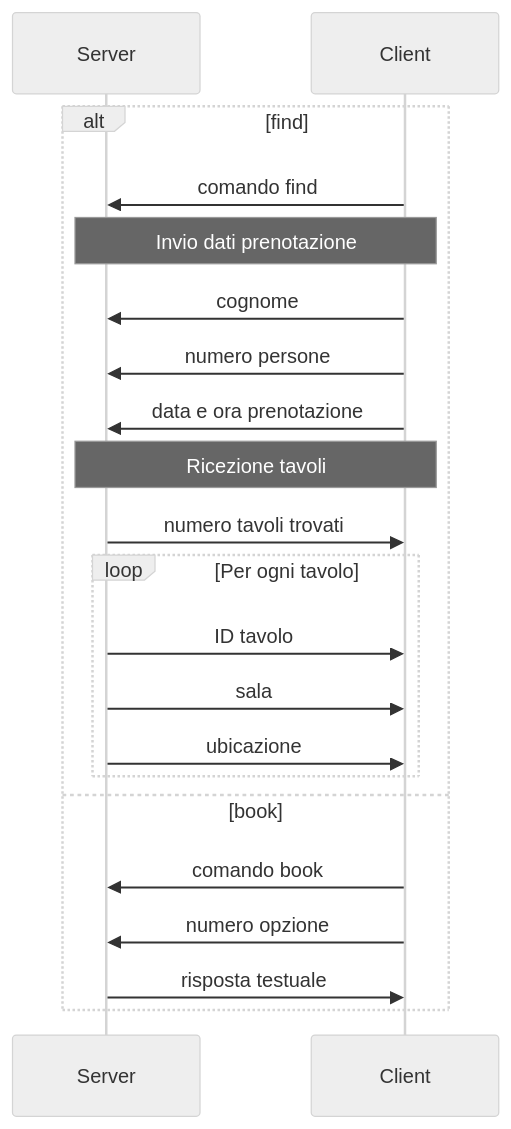
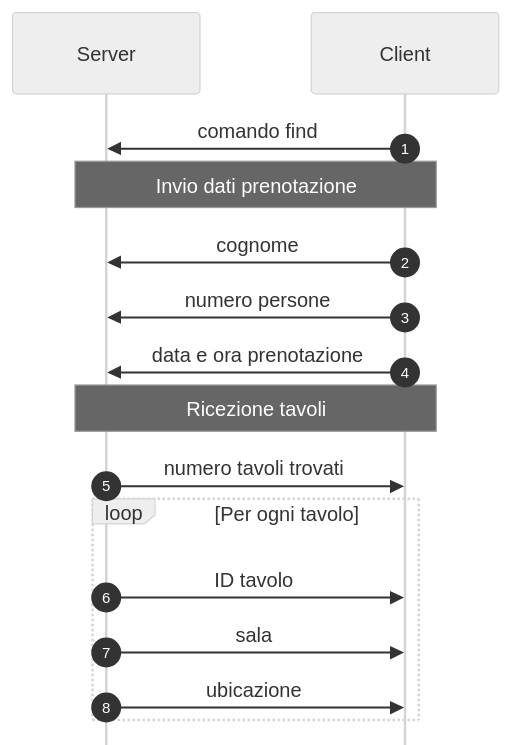
One commit to MainKronos/RistorazioneDigitale changed the first of 2 diagrams in README.md. Above: the diagram before and after it, drawn with Mermaid (neutral theme). The commit also changed other lines of this file and 6 other files, not shown here.

````diff
--- a/README.md
+++ b/README.md
@@ -5,25 +35,21 @@
 ```mermaid
+%%{init: { "sequence": { "mirrorActors":false }}}%%
+
 sequenceDiagram
+	autonumber
 	participant sv as Server
 	participant cl as Client
-	alt find
-		cl->>sv: comando find
-		Note over sv,cl: Invio dati prenotazione
-		cl->>sv: cognome
-		cl->>sv: numero persone
-		cl->>sv: data e ora prenotazione
-		Note over sv,cl: Ricezione tavoli
-		sv->>cl: numero tavoli trovati
-		loop Per ogni tavolo
-			sv->>cl: ID tavolo
-			sv->>cl: sala
-			sv->>cl: ubicazione
-		end
-	else book
-		cl->>sv: comando book
-		cl->>sv: numero opzione
-		sv->>cl: risposta testuale
 
+	cl->>sv: comando find
+	Note over sv,cl: Invio dati prenotazione
+	cl->>sv: cognome
+	cl->>sv: numero persone
+	cl->>sv: data e ora prenotazione
+	Note over sv,cl: Ricezione tavoli
+	sv->>cl: numero tavoli trovati
+	loop Per ogni tavolo
+		sv->>cl: ID tavolo
+		sv->>cl: sala
+		sv->>cl: ubicazione
 	end
-
 ```
````
